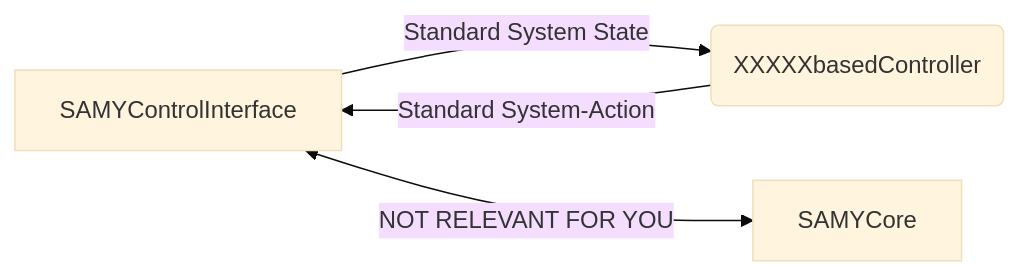
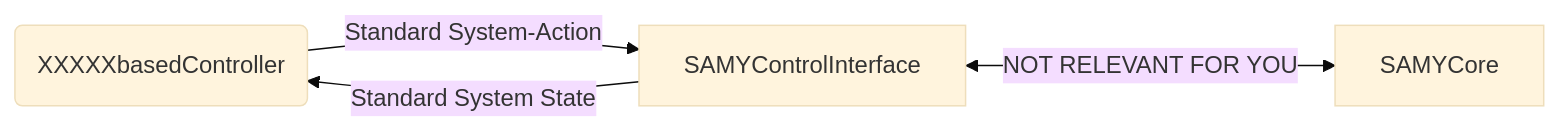
The first of 5 diagrams in README.md (TW-Robotics/SAMYControl), drawn with Mermaid (base theme) before and after one commit. The commit also changed other lines of this file, not shown here.

````diff
--- a/README.md
+++ b/README.md
@@ -7,6 +7,6 @@
 ```mermaid
 flowchart LR
+A -- Standard System-Action --> B
 B[SAMYControlInterface] -- Standard System State --> A(XXXXXbasedController)
-A -- Standard System-Action --> B
 B <-- NOT RELEVANT FOR YOU --> C[SAMYCore]
 ```
````
